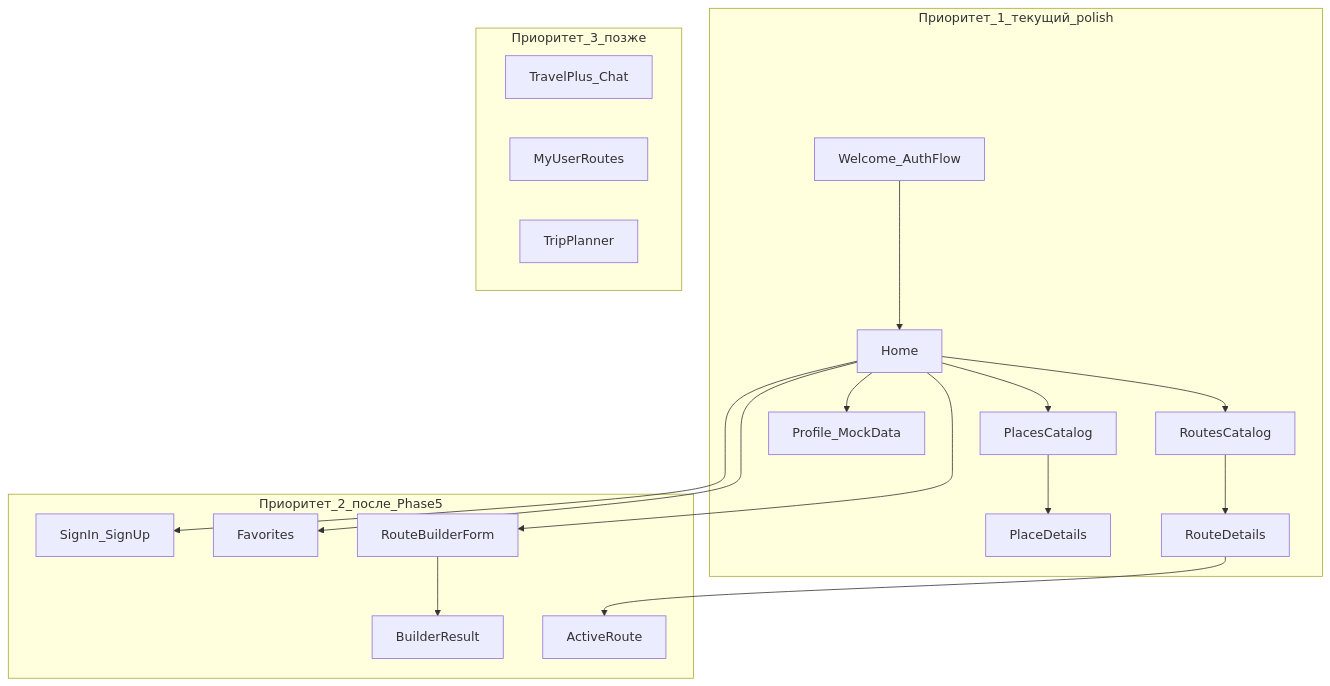
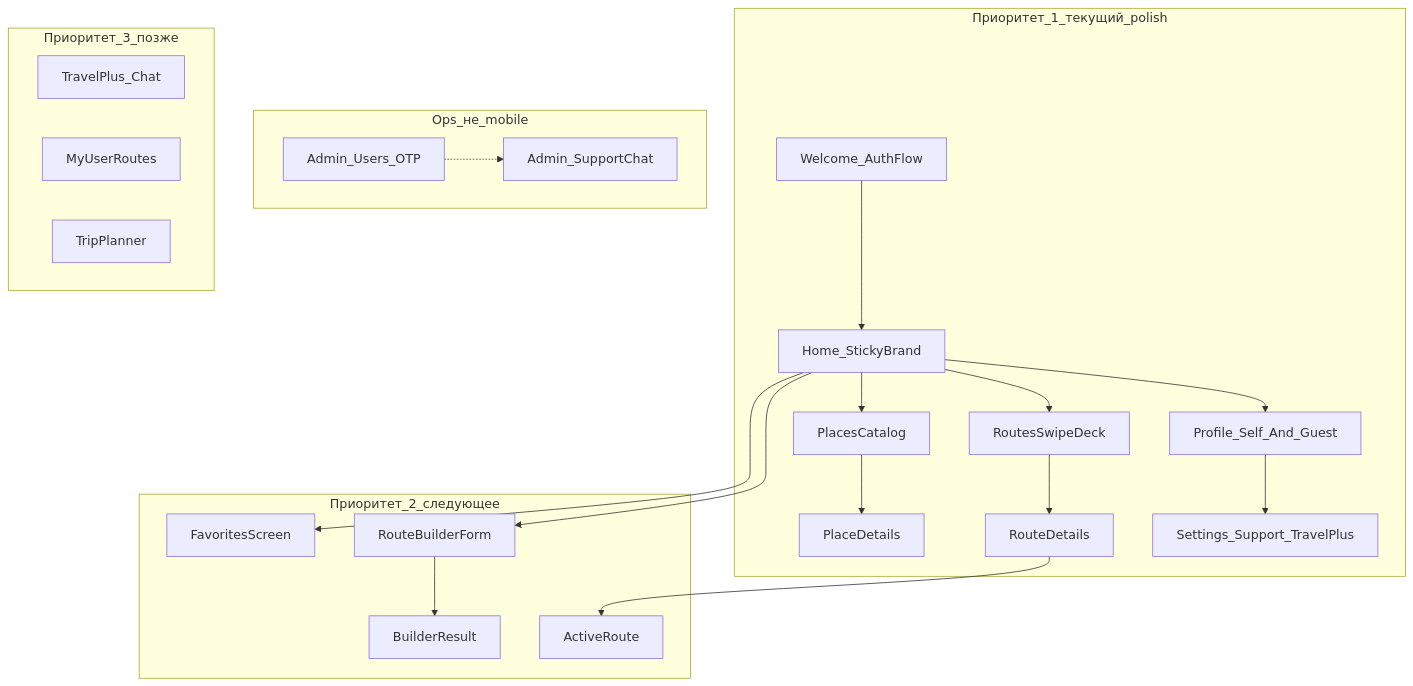
Before and after one commit to xotabeach/tourism-platform: the second of 6 diagrams in docs/diagrams/phase-and-screens-map.md, drawn with Mermaid. The commit also changed other lines of this file and 4 other files, not shown here.

First line of the commit message:
docs: sync progress, Phase 6.5 ADR, and screen-phase diagrams

````diff
--- a/docs/diagrams/phase-and-screens-map.md
+++ b/docs/diagrams/phase-and-screens-map.md
@@ -69,35 +72,41 @@
 ```mermaid
 flowchart TD
   subgraph now [Приоритет_1_текущий_polish]
     welcome[Welcome_AuthFlow]
-    home[Home]
+    home[Home_StickyBrand]
     placesCat[PlacesCatalog]
     placeDet[PlaceDetails]
-    routesCat[RoutesCatalog]
+    routesCat[RoutesSwipeDeck]
     routeDet[RouteDetails]
-    profile[Profile_MockData]
+    profile[Profile_Self_And_Guest]
+    settings[Settings_Support_TravelPlus]
   end
 
-  subgraph soon [Приоритет_2_после_Phase5]
-    signIn[SignIn_SignUp]
-    fav[Favorites]
+  subgraph ops [Ops_не_mobile]
+    adminUsers[Admin_Users_OTP]
+    adminChat[Admin_SupportChat]
+  end
+
+  subgraph soon [Приоритет_2_следующее]
+    fav[FavoritesScreen]
     builder[RouteBuilderForm]
     builderRes[BuilderResult]
     active[ActiveRoute]
   end
 
   subgraph future [Приоритет_3_позже]
     chat[TravelPlus_Chat]
     myRoutes[MyUserRoutes]
     trip[TripPlanner]
   end
 
   welcome --> home
   home --> placesCat --> placeDet
   home --> routesCat --> routeDet
   home --> builder --> builderRes
   routeDet --> active
   home --> fav
   home --> profile
-  home --> signIn
+  profile --> settings
+  adminUsers -.-> adminChat
 ```
````
